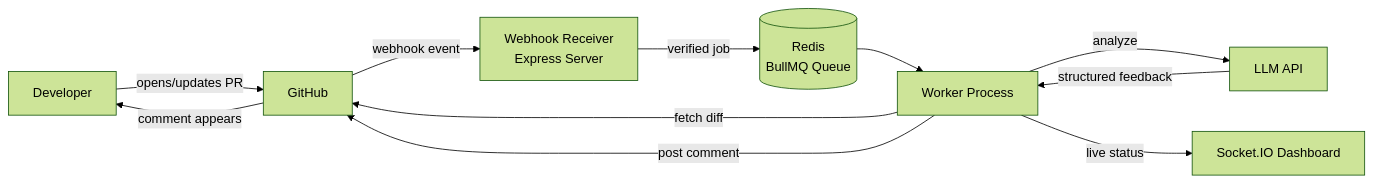
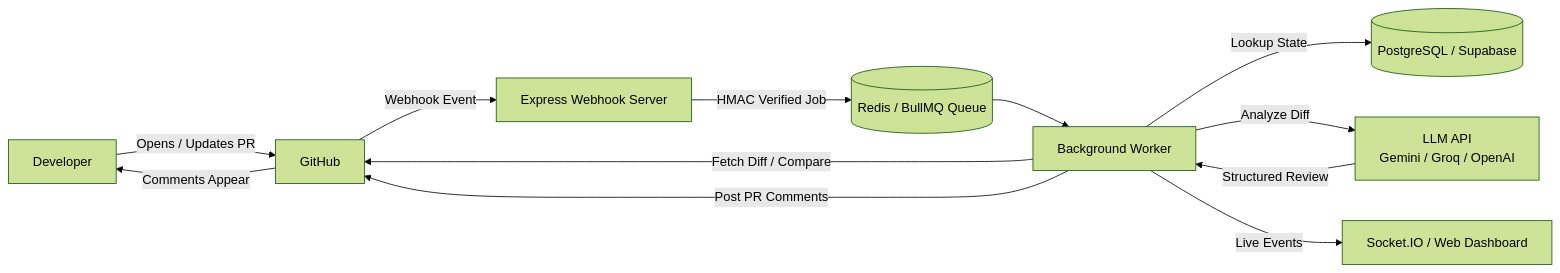
The first of 2 diagrams in README.md (mohit-bhandari45/Cody), drawn with Mermaid (forest theme) before and after one commit. The commit also changed other lines of this file, not shown here.

Commit message:
docs: update README with V2 features, Vercel dashboard, GitHub App install link, and architecture

````diff
--- a/README.md
+++ b/README.md
@@ -30,13 +46,14 @@
 ```mermaid
 flowchart LR
-    A[Developer] -->|opens/updates PR| B[GitHub]
-    B -->|webhook event| C[Webhook Receiver<br/>Express Server]
-    C -->|verified job| D[(Redis<br/>BullMQ Queue)]
-    D --> E[Worker Process]
-    E -->|fetch diff| B
-    E -->|analyze| F[LLM API]
-    F -->|structured feedback| E
-    E -->|post comment| B
-    E -->|live status| G[Socket.IO Dashboard]
-    B -->|comment appears| A
+    A[Developer] -->|Opens / Updates PR| B[GitHub]
+    B -->|Webhook Event| C[Express Webhook Server]
+    C -->|HMAC Verified Job| D[(Redis / BullMQ Queue)]
+    D --> E[Background Worker]
+    E -->|Lookup State| F[(PostgreSQL / Supabase)]
+    E -->|Fetch Diff / Compare| B
+    E -->|Analyze Diff| G[LLM API<br/>Gemini / Groq / OpenAI]
+    G -->|Structured Review| E
+    E -->|Post PR Comments| B
+    E -->|Live Events| H[Socket.IO / Web Dashboard]
+    B -->|Comments Appear| A
 ```
````
